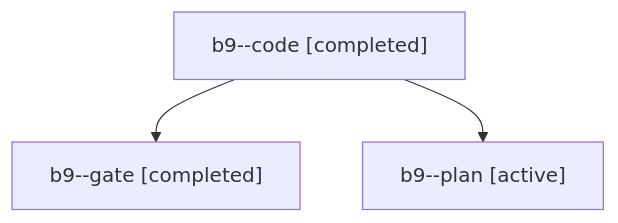
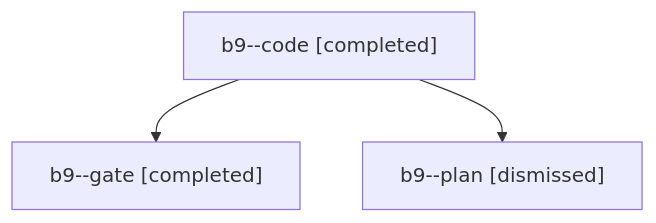
Before and after one commit to bobs-org/bob-cli--agents: the diagram in sessions/bbugyi200.apollo.b9.md, drawn with Mermaid. The commit also changed other lines of this file and 29 other files, not shown here.

````diff
--- a/sessions/bbugyi200.apollo.b9.md
+++ b/sessions/bbugyi200.apollo.b9.md
@@ -9,8 +9,8 @@
 ```mermaid
 flowchart TD
   n0["b9--code [completed]"]
   n1["b9--gate [completed]"]
   n0 --> n1
-  n2["b9--plan [active]"]
+  n2["b9--plan [dismissed]"]
   n0 --> n2
 ```
````
